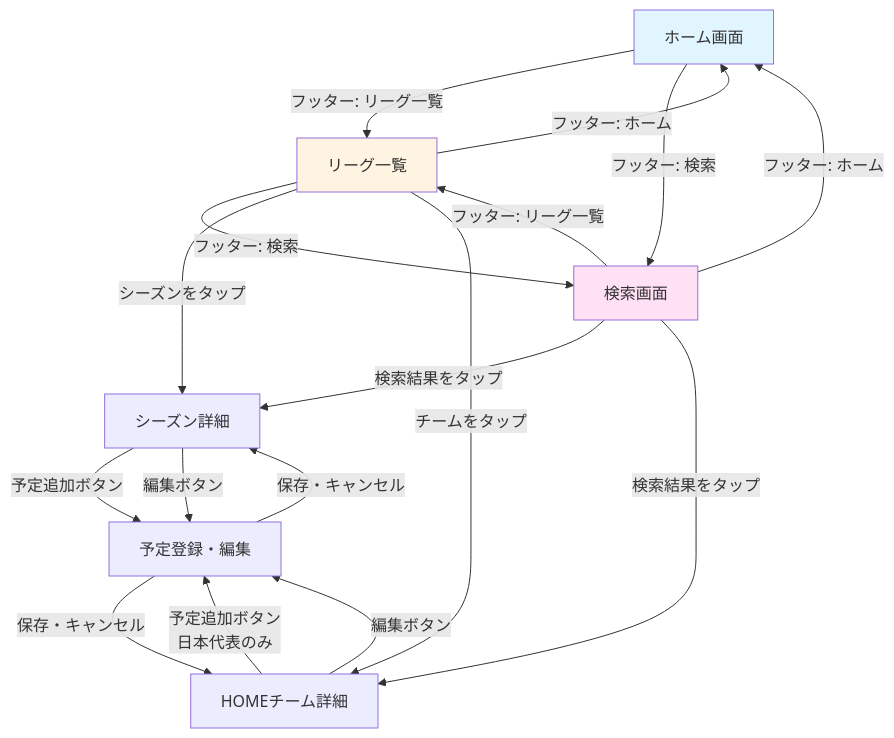
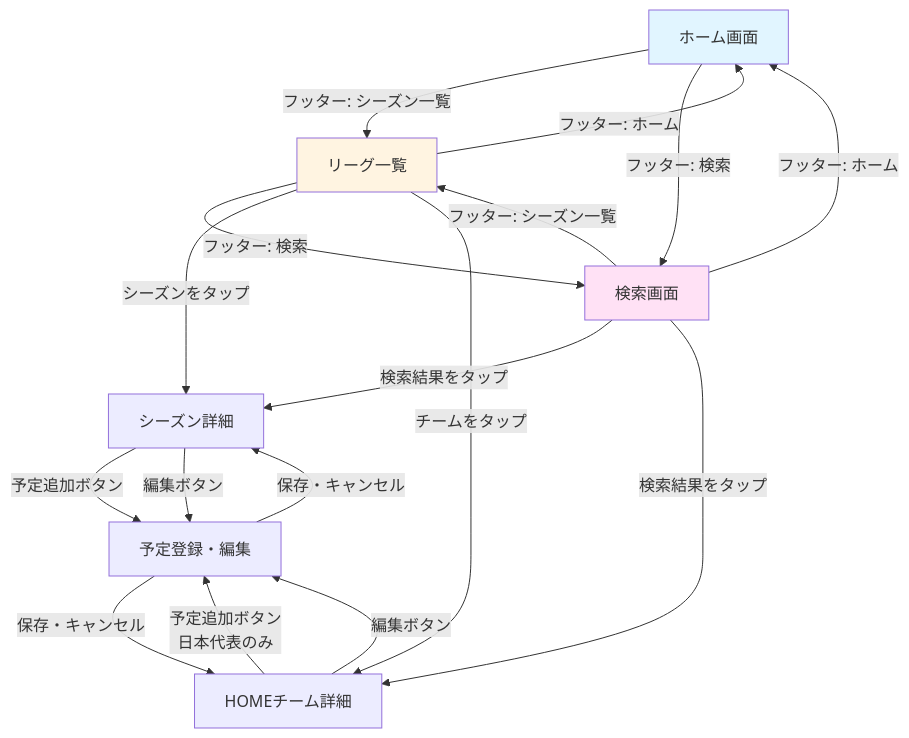
Before and after one commit to sion1073/jleague_watching_calendar: the first of 9 diagrams in docs/SCREEN_DESIGN.md, drawn with Mermaid. The commit also changed other lines of this file and 9 other files, not shown here.

````diff
--- a/docs/SCREEN_DESIGN.md
+++ b/docs/SCREEN_DESIGN.md
@@ -10,34 +10,34 @@
 ```mermaid
 graph TB
     Home[ホーム画面]
     LeagueList[リーグ一覧]
     SeasonDetail[シーズン詳細]
     TeamDetail[HOMEチーム詳細]
     MatchForm[予定登録・編集]
     Search[検索画面]
 
-    Home -->|フッター: リーグ一覧| LeagueList
+    Home -->|フッター: シーズン一覧| LeagueList
     Home -->|フッター: 検索| Search
     LeagueList -->|フッター: ホーム| Home
     LeagueList -->|フッター: 検索| Search
     Search -->|フッター: ホーム| Home
-    Search -->|フッター: リーグ一覧| LeagueList
+    Search -->|フッター: シーズン一覧| LeagueList
 
     LeagueList -->|シーズンをタップ| SeasonDetail
     LeagueList -->|チームをタップ| TeamDetail
 
     SeasonDetail -->|予定追加ボタン| MatchForm
     SeasonDetail -->|編集ボタン| MatchForm
     TeamDetail -->|予定追加ボタン<br/>日本代表のみ| MatchForm
     TeamDetail -->|編集ボタン| MatchForm
 
     MatchForm -->|保存・キャンセル| SeasonDetail
     MatchForm -->|保存・キャンセル| TeamDetail
 
     Search -->|検索結果をタップ| SeasonDetail
     Search -->|検索結果をタップ| TeamDetail
 
     style Home fill:#e1f5ff
     style LeagueList fill:#fff4e1
     style Search fill:#ffe1f5
 ```
````
